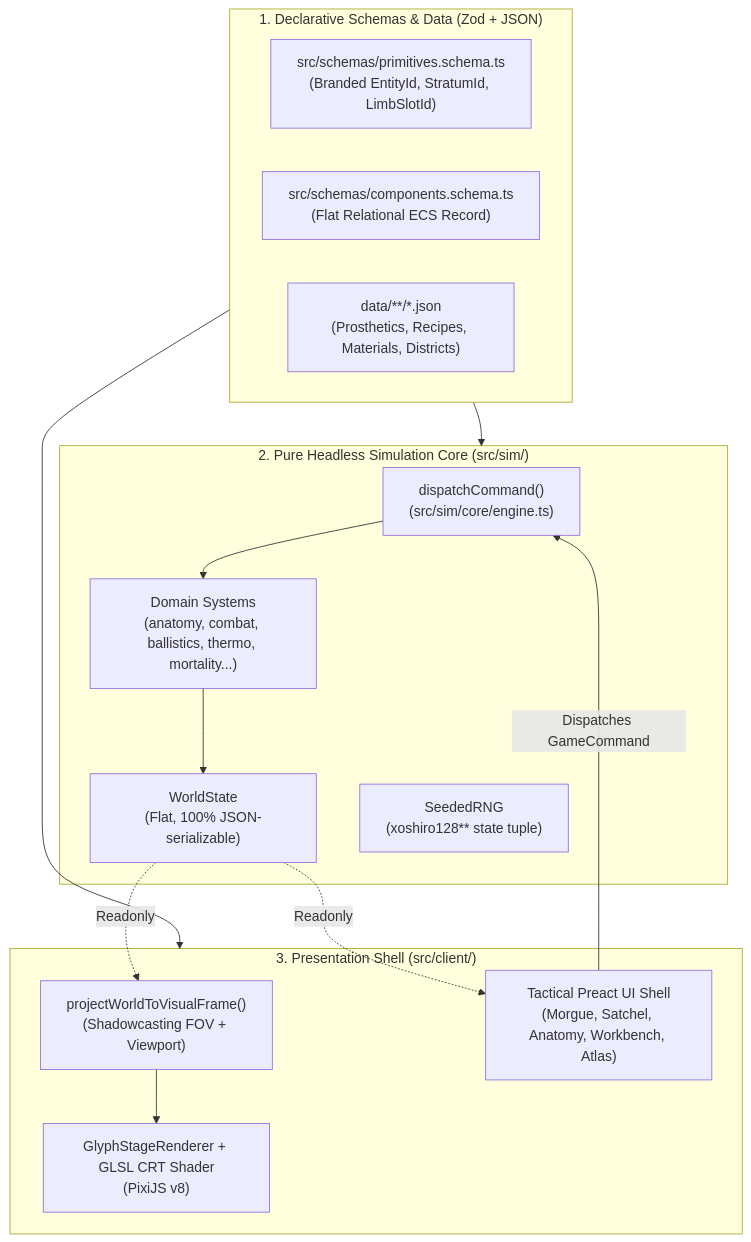
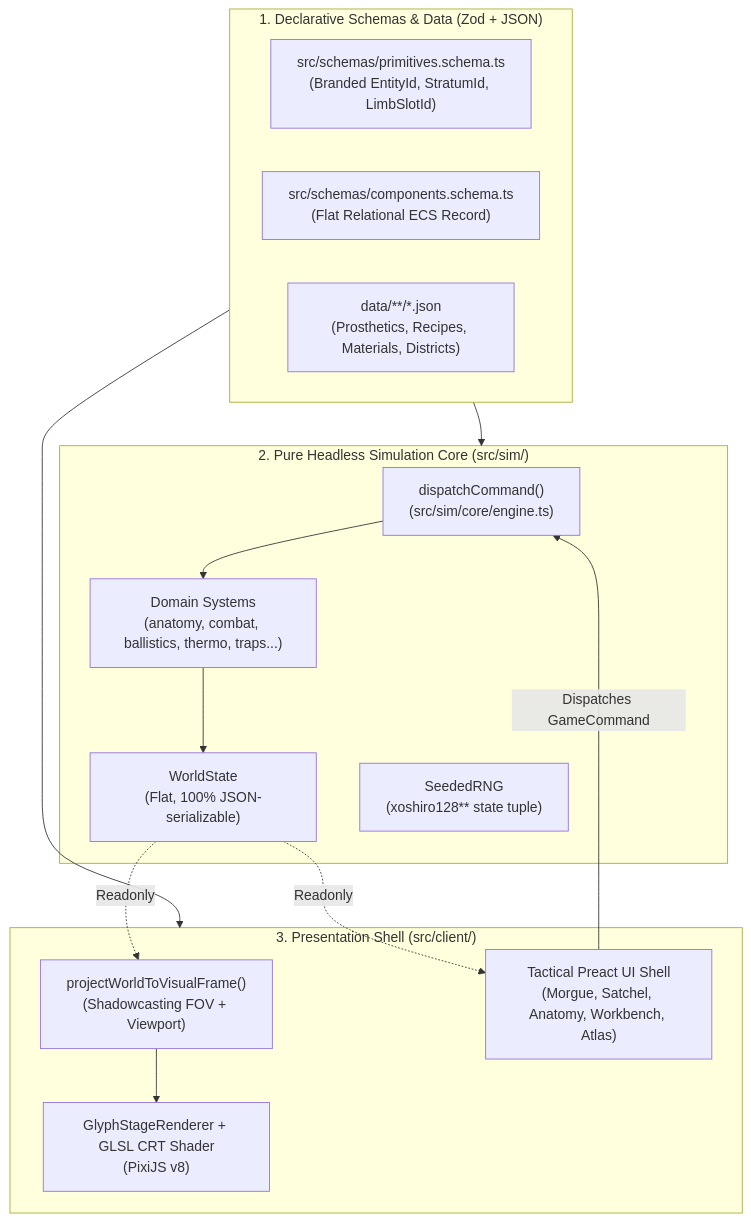
The diagram in README.md (AdaSibelius/aether-and-soot), drawn with Mermaid before and after one commit. The commit also changed other lines of this file and 1 other file, not shown here.

Commit message:
docs: update ROADMAP and README for Phases 29-31 systemic sandbox epics

````diff
--- a/README.md
+++ b/README.md
@@ -22,30 +22,30 @@
 ```mermaid
 flowchart TD
     subgraph DataLayer["1. Declarative Schemas & Data (Zod + JSON)"]
         S1["src/schemas/primitives.schema.ts\n(Branded EntityId, StratumId, LimbSlotId)"]
         S2["src/schemas/components.schema.ts\n(Flat Relational ECS Record)"]
         S3["data/**/*.json\n(Prosthetics, Recipes, Materials, Districts)"]
     end
 
     subgraph SimCore["2. Pure Headless Simulation Core (src/sim/)"]
         E1["dispatchCommand()\n(src/sim/core/engine.ts)"]
-        Sys["Domain Systems\n(anatomy, combat, ballistics, thermo, mortality...)"]
+        Sys["Domain Systems\n(anatomy, combat, ballistics, thermo, traps...)"]
         W1["WorldState\n(Flat, 100% JSON-serializable)"]
         PRNG["SeededRNG\n(xoshiro128** state tuple)"]
     end
 
     subgraph ClientShell["3. Presentation Shell (src/client/)"]
         Proj["projectWorldToVisualFrame()\n(Shadowcasting FOV + Viewport)"]
         Pixi["GlyphStageRenderer + GLSL CRT Shader\n(PixiJS v8)"]
         UI["Tactical Preact UI Shell\n(Morgue, Satchel, Anatomy, Workbench, Atlas)"]
     end
 
     DataLayer --> SimCore
     DataLayer --> ClientShell
     UI -- "Dispatches GameCommand" --> E1
     E1 --> Sys
     Sys --> W1
     W1 -. "Readonly<WorldState>" .-> Proj
     Proj --> Pixi
     W1 -. "Readonly<WorldState>" .-> UI
 ```
````
